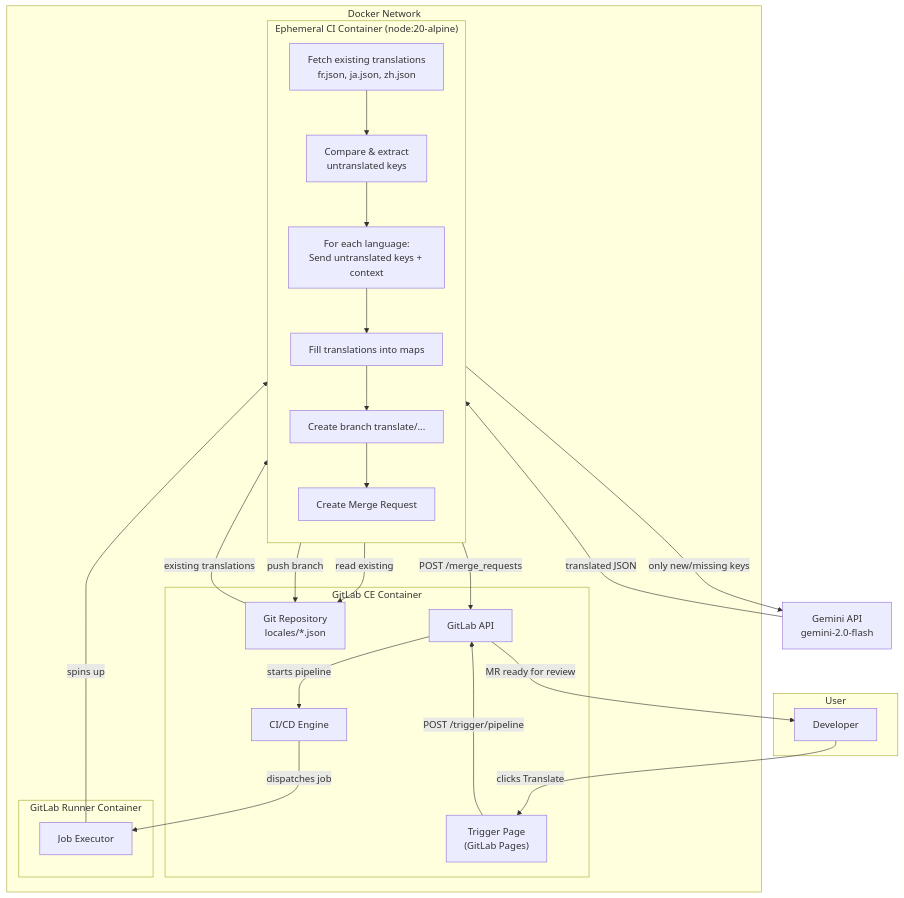
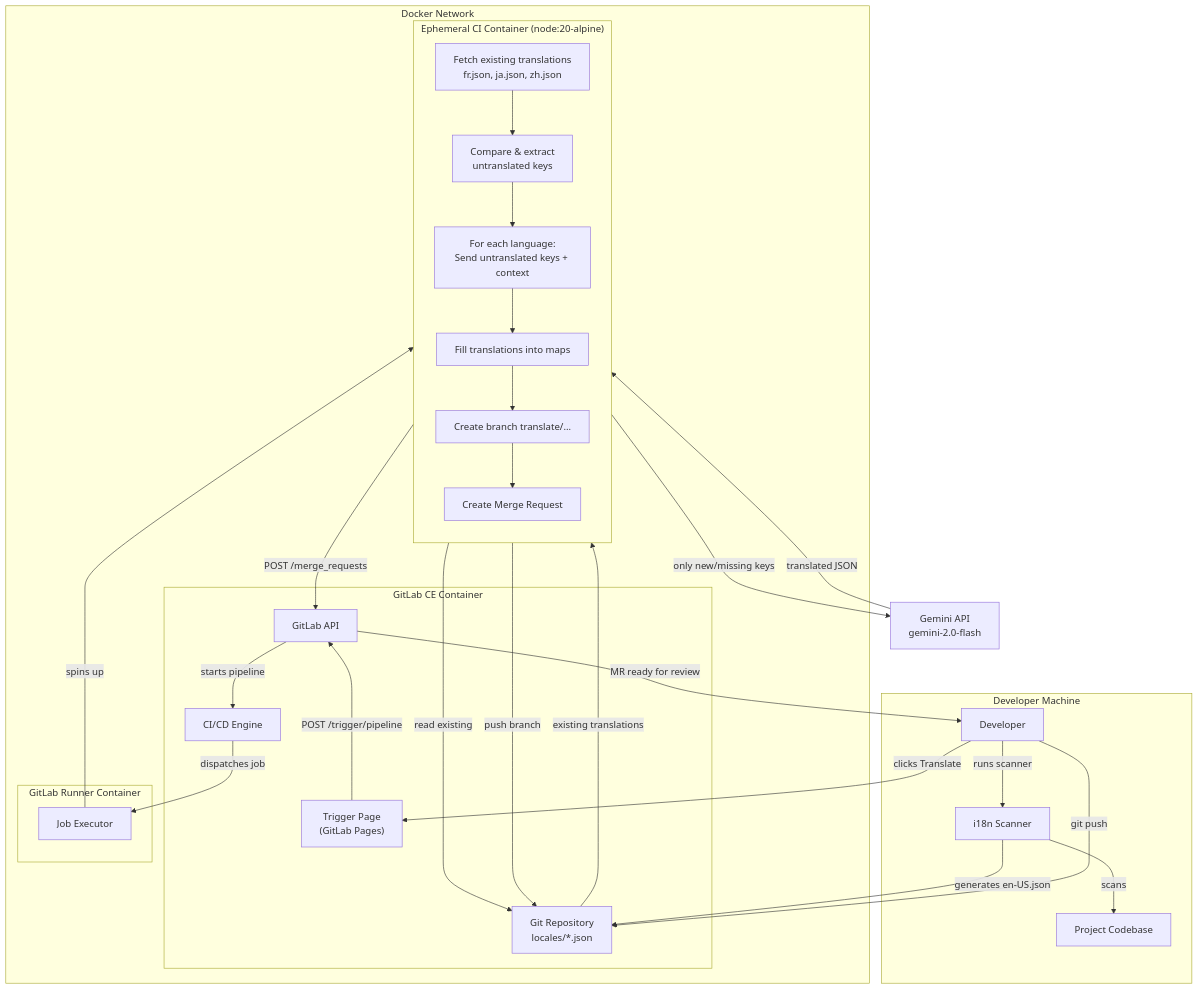
The second of 3 diagrams in README.md (jadecubes/free-translation-platform-buildup), drawn with Mermaid before and after one commit. The commit also changed other lines of this file and 18 other files, not shown here.

````diff
--- a/README.md
+++ b/README.md
@@ -330,54 +409,62 @@
 ```mermaid
 graph TB
-    subgraph "User"
+    subgraph "Developer Machine"
         USER["Developer"]
+        SCANNER["i18n Scanner"]
+        CODEBASE["Project Codebase"]
     end
 
     subgraph "Docker Network"
         subgraph "GitLab CE Container"
             PAGES["Trigger Page<br/>(GitLab Pages)"]
             GITLAB_REPO["Git Repository<br/>locales/*.json"]
             GITLAB_API["GitLab API"]
             GITLAB_CI_ENGINE["CI/CD Engine"]
         end
 
         subgraph "GitLab Runner Container"
             RUNNER["Job Executor"]
         end
 
         subgraph "Ephemeral CI Container (node:20-alpine)"
             direction TB
             CI_FETCH["Fetch existing translations<br/>fr.json, ja.json, zh.json"]
             CI_COMPARE["Compare & extract<br/>untranslated keys"]
             CI_GEMINI_LOOP["For each language:<br/>Send untranslated keys + context"]
             CI_FILL["Fill translations into maps"]
             CI_BRANCH["Create branch translate/..."]
             CI_MR["Create Merge Request"]
         end
     end
 
     GEMINI["Gemini API<br/>gemini-2.0-flash"]
 
+    %% i18n scanner flow
+    USER -->|"runs scanner"| SCANNER
+    SCANNER -->|"scans"| CODEBASE
+    SCANNER -->|"generates en-US.json"| GITLAB_REPO
+    USER -->|"git push"| GITLAB_REPO
+
     %% Trigger flow
     USER -->|"clicks Translate"| PAGES
     PAGES -->|"POST /trigger/pipeline"| GITLAB_API
     GITLAB_API -->|"starts pipeline"| GITLAB_CI_ENGINE
     GITLAB_CI_ENGINE -->|"dispatches job"| RUNNER
     RUNNER -->|"spins up"| CI_FETCH
 
     %% CI pipeline flow
     CI_FETCH -->|"read existing"| GITLAB_REPO
     GITLAB_REPO -->|"existing translations"| CI_FETCH
     CI_FETCH --> CI_COMPARE
     CI_COMPARE --> CI_GEMINI_LOOP
     CI_GEMINI_LOOP -->|"only new/missing keys"| GEMINI
     GEMINI -->|"translated JSON"| CI_GEMINI_LOOP
     CI_GEMINI_LOOP --> CI_FILL
     CI_FILL --> CI_BRANCH
     CI_BRANCH -->|"push branch"| GITLAB_REPO
     CI_BRANCH --> CI_MR
     CI_MR -->|"POST /merge_requests"| GITLAB_API
 
     %% Review
     GITLAB_API -->|"MR ready for review"| USER
 ```
````
